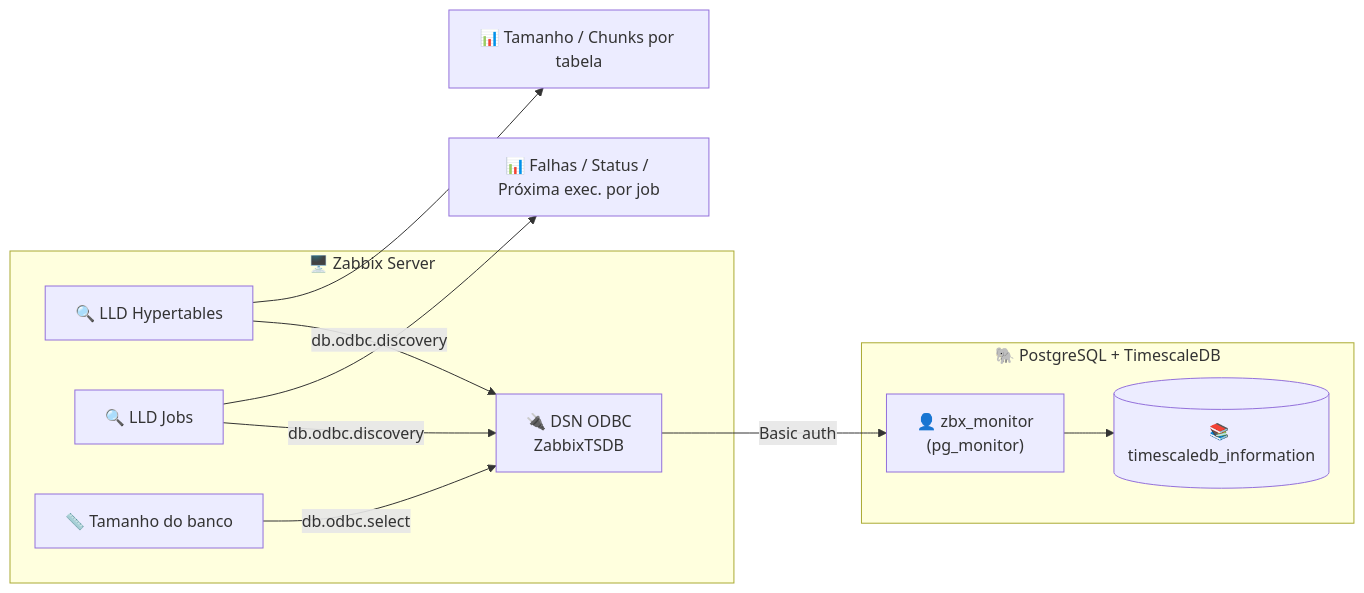
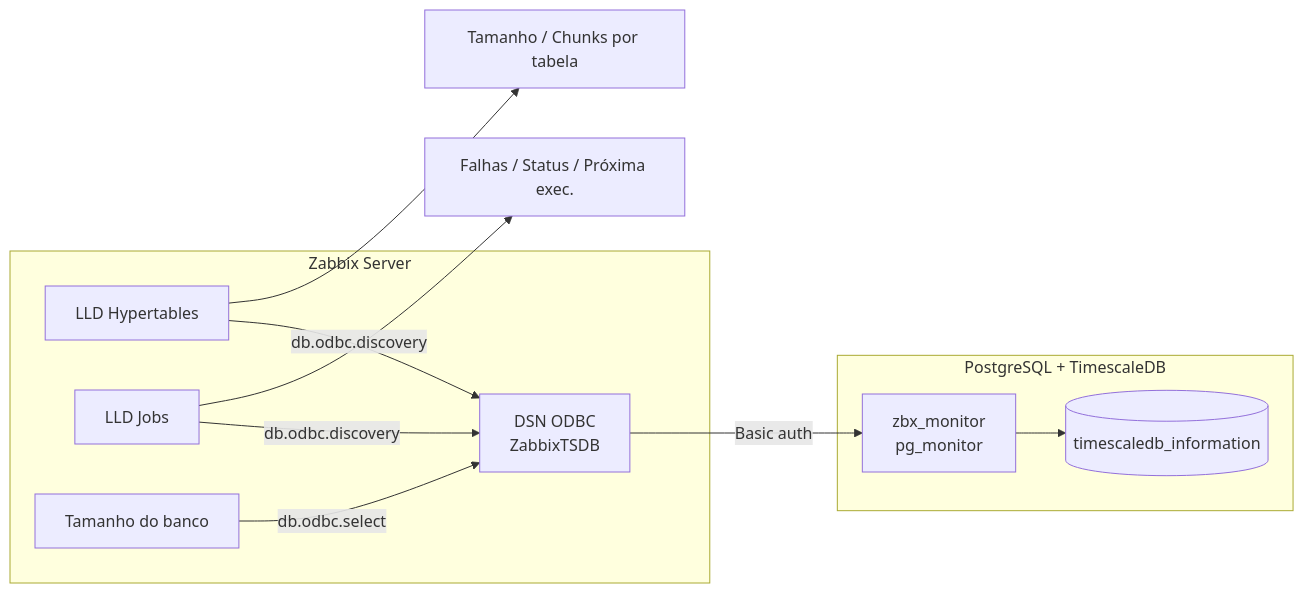
One commit to jxvz/Zabbix-TimeScaleDB-Monitoring changed the diagram in README.md. Above: the diagram before and after it, drawn with Mermaid. The commit also changed other lines of this file, not shown here.

````diff
--- a/README.md
+++ b/README.md
@@ -70,21 +53,21 @@
 ```mermaid
 flowchart LR
-    subgraph ZBX["🖥️ Zabbix Server"]
-        DSN["🔌 DSN ODBC<br/>ZabbixTSDB"]
-        D1["🔍 LLD Hypertables"]
-        D2["🔍 LLD Jobs"]
-        I0["📏 Tamanho do banco"]
+    subgraph ZBX["Zabbix Server"]
+        DSN["DSN ODBC<br/>ZabbixTSDB"]
+        D1["LLD Hypertables"]
+        D2["LLD Jobs"]
+        I0["Tamanho do banco"]
     end
-    subgraph PG["🐘 PostgreSQL + TimescaleDB"]
-        ROLE["👤 zbx_monitor<br/>(pg_monitor)"]
-        TSDB[("📚 timescaledb_information")]
+    subgraph PG["PostgreSQL + TimescaleDB"]
+        ROLE["zbx_monitor<br/>pg_monitor"]
+        TSDB[("timescaledb_information")]
     end
 
     DSN -->|Basic auth| ROLE
     ROLE --> TSDB
     D1 -->|db.odbc.discovery| DSN
     D2 -->|db.odbc.discovery| DSN
     I0 -->|db.odbc.select| DSN
-    D1 --> P1["📊 Tamanho / Chunks por tabela"]
-    D2 --> P2["📊 Falhas / Status / Próxima exec. por job"]
+    D1 --> P1["Tamanho / Chunks por tabela"]
+    D2 --> P2["Falhas / Status / Próxima exec."]
 ```
````
